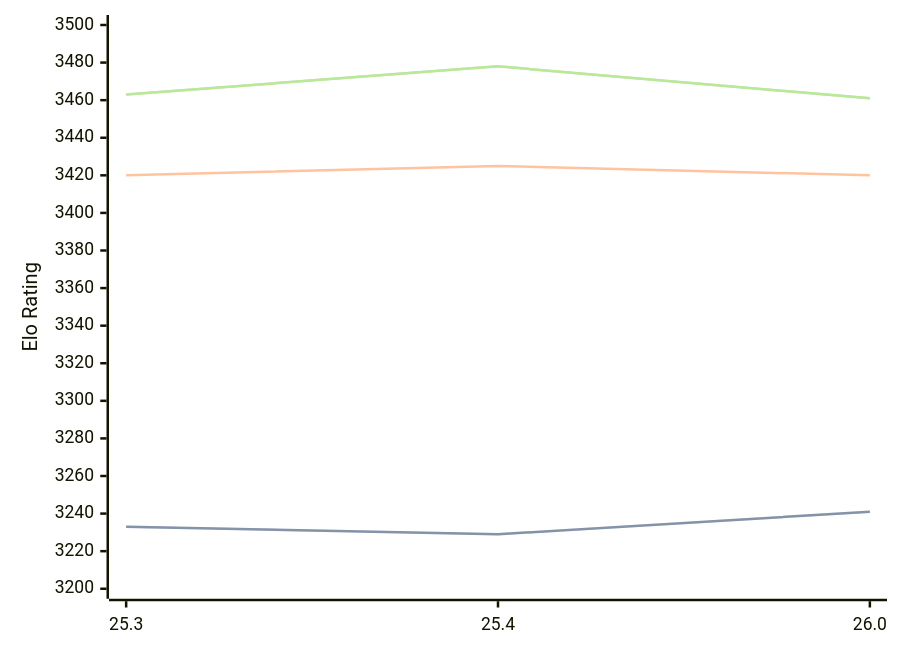
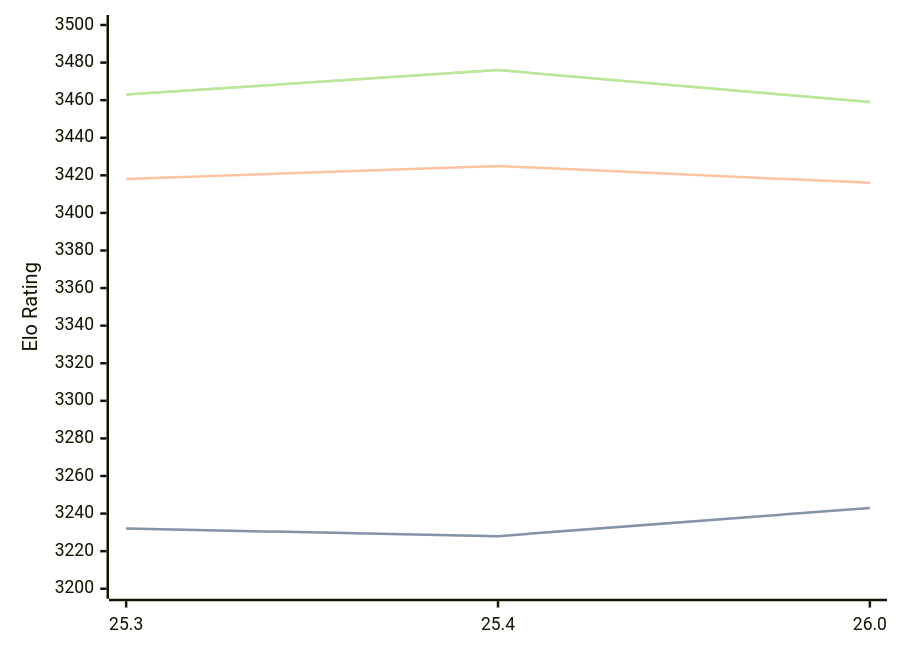
One commit to computer-chess-index/cci changed the diagram in engines/Arasan.md. Above: the diagram before and after it, drawn with Mermaid. The commit also changed other lines of this file, not shown here.

Commit message:
Update CCI Ratings (ELO VLTC) - 2026-08-03

````diff
--- a/engines/Arasan.md
+++ b/engines/Arasan.md
@@ -34,11 +34,11 @@
 ```mermaid
 %%{init: {"theme":"base","themeVariables":{"seriesColors:['#a3a3a3','#222221','#faa371']}}}%%
 xychart-beta
   x-axis ["25.3", "25.4", "26.0"]
   y-axis "Elo Rating" 3200 --> 3500
-  line "STC (8.0+0.08s)" [3233, 3229, 3241]
-  line "STC (8.0+0.08s)" [3233, 3229, 3241]
-  line "LTC (60.0+0.60s)" [3420, 3425, 3420]
-  line "VLTC (2m24s+1.12s)" [3463, 3478, 3461]
-  line "VLTC (2m24s+1.12s)" [3463, 3478, 3461]
+  line "STC (8.0+0.08s)" [3232, 3228, 3243]
+  line "STC (8.0+0.08s)" [3232, 3228, 3243]
+  line "LTC (60.0+0.60s)" [3418, 3425, 3416]
+  line "VLTC (2m24s+1.12s)" [3463, 3476, 3459]
+  line "VLTC (2m24s+1.12s)" [3463, 3476, 3459]
 ```
````
